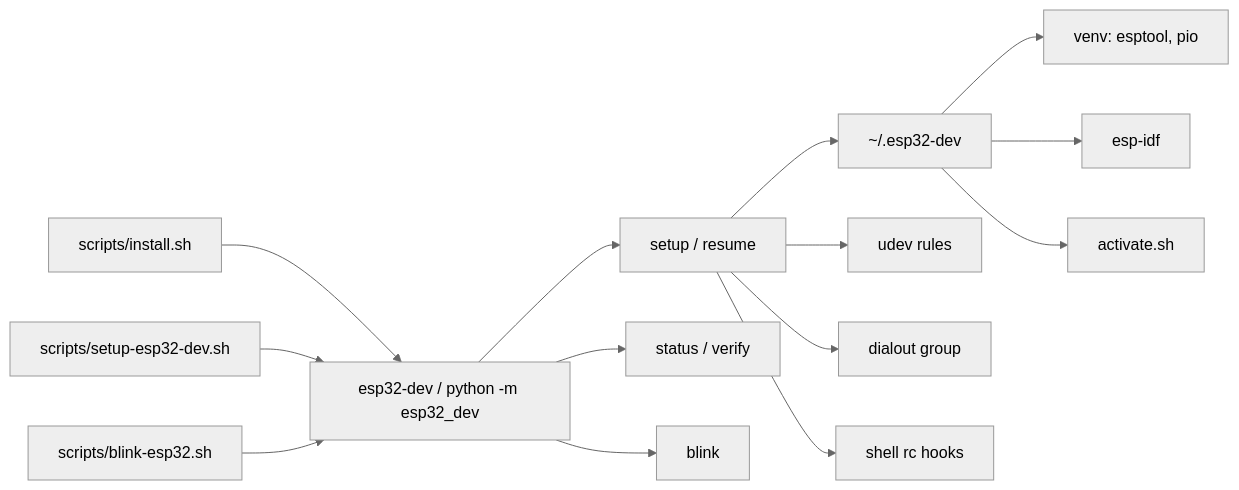
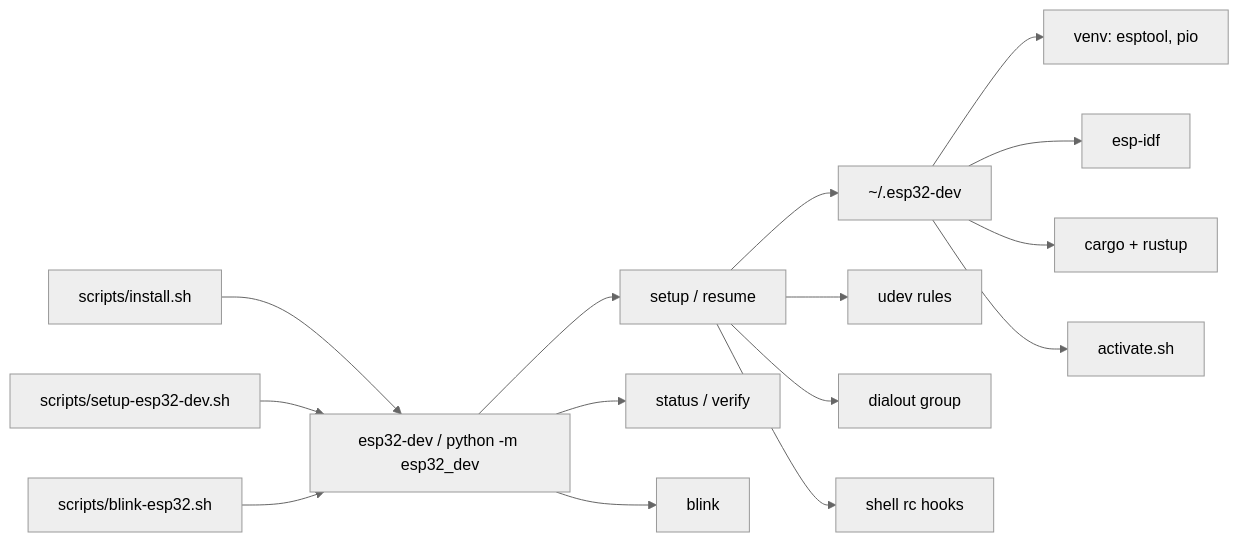
One commit to brianlechthaler/esp_dev changed the first of 2 diagrams in docs/architecture.md. Above: the diagram before and after it, drawn with Mermaid (neutral theme). The commit also changed other lines of this file and 23 other files, not shown here.

First line of the commit message:
Install rustup, espup, and ESP cargo tools into the shared prefix.

````diff
--- a/docs/architecture.md
+++ b/docs/architecture.md
@@ -27,16 +30,17 @@
 ```mermaid
 flowchart LR
   InstallSh["scripts/install.sh"] --> CLI["esp32-dev / python -m esp32_dev"]
   Wrapper["scripts/setup-esp32-dev.sh"] --> CLI
   BlinkSh["scripts/blink-esp32.sh"] --> CLI
   CLI --> Setup["setup / resume"]
   CLI --> Check["status / verify"]
   CLI --> Blink["blink"]
   Setup --> Prefix["~/.esp32-dev"]
   Prefix --> Venv["venv: esptool, pio"]
   Prefix --> IDF["esp-idf"]
+  Prefix --> Rust["cargo + rustup"]
   Prefix --> Act["activate.sh"]
   Setup --> Udev["udev rules"]
   Setup --> Dialout["dialout group"]
   Setup --> Hooks["shell rc hooks"]
 ```
````
